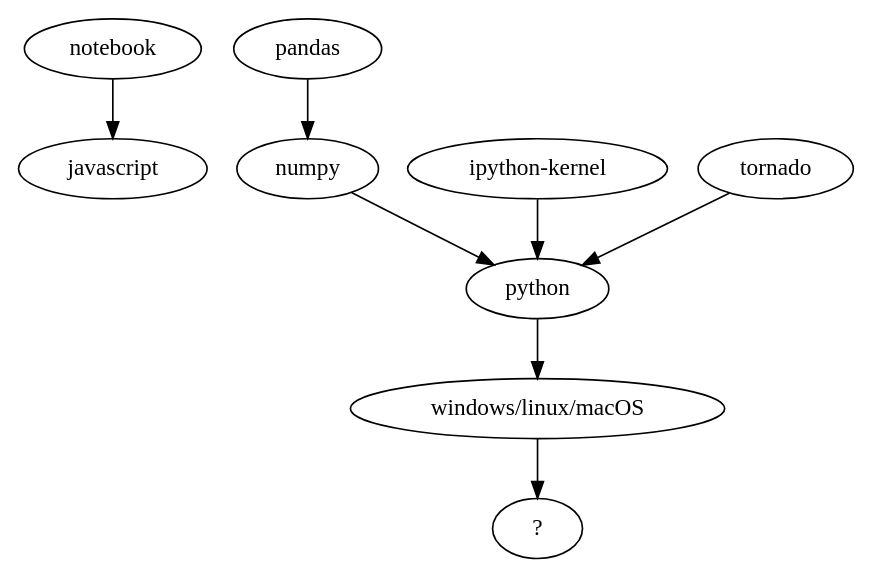
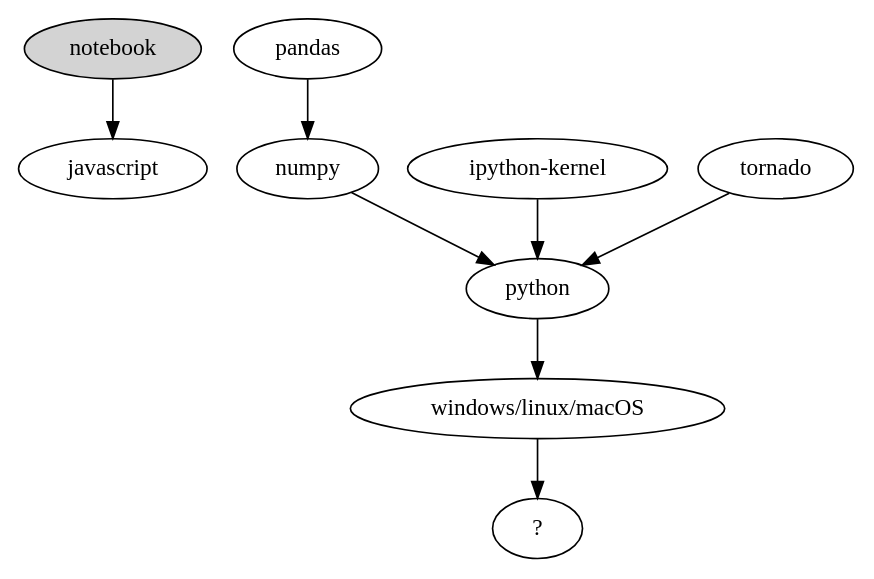
The third of 5 diagrams in slides.qmd (paulmaxus/dsc-seminar), drawn with Graphviz before and after one commit. The commit also changed other lines of this file and 2 other files, not shown here.

Commit message:
modified graphs, restructuring

````diff
--- a/slides.qmd
+++ b/slides.qmd
@@ -198,14 +258,15 @@
 ```{dot}
 digraph G {
-    notebook -> javascript;
+    nb [label="notebook", style=filled]
+    nb -> javascript;
     pandas -> numpy
     numpy -> python;
     ipk [label="ipython-kernel"];
     ipk -> python;
     tornado -> python;
     python -> os;
     os [label="windows/linux/macOS"];
     os -> platform;
     platform [label="?"];
 }
 ```
````
